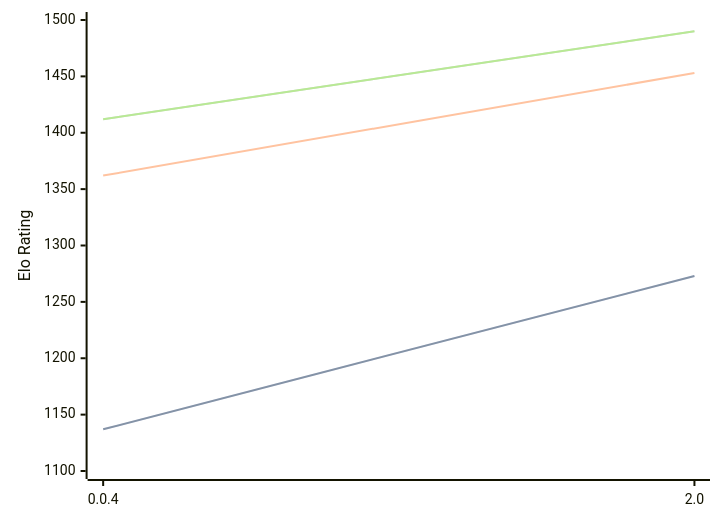
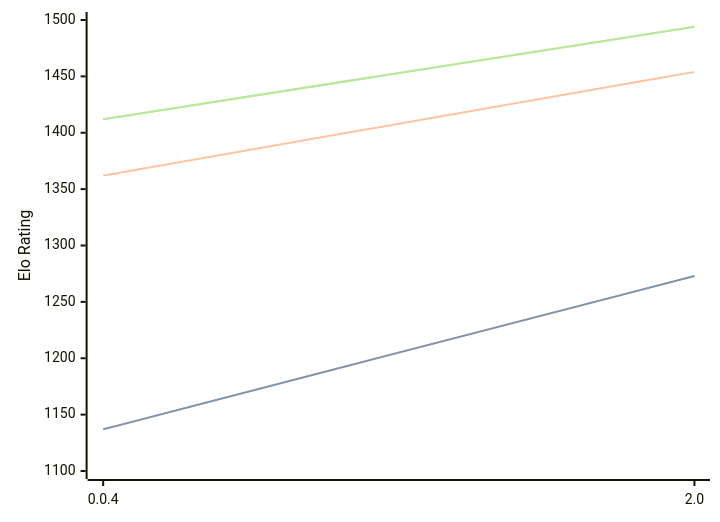
The diagram in engines/Oops!Mate.md (computer-chess-index/cci), drawn with Mermaid before and after one commit. The commit also changed other lines of this file, not shown here.

Commit message:
Update CCI Ratings (ELO VLTC) - 2026-09-16

````diff
--- a/engines/Oops!Mate.md
+++ b/engines/Oops!Mate.md
@@ -33,11 +33,11 @@
 ```mermaid
 %%{init: {"theme":"base","themeVariables":{"seriesColors:['#a3a3a3','#222221','#faa371']}}}%%
 xychart-beta
   x-axis ["0.0.4", "2.0"]
   y-axis "Elo Rating" 1100 --> 1500
   line "" [1137, 1273]
   line "STC (8.0+0.08s)" [1137, 1273]
-  line "LTC (60.0+0.60s)" [1362, 1453]
-  line "" [1412, 1490]
-  line "VLTC (2m24s+1.12s)" [1412, 1490]
+  line "LTC (60.0+0.60s)" [1362, 1454]
+  line "" [1412, 1494]
+  line "VLTC (2m24s+1.12s)" [1412, 1494]
 ```
````
